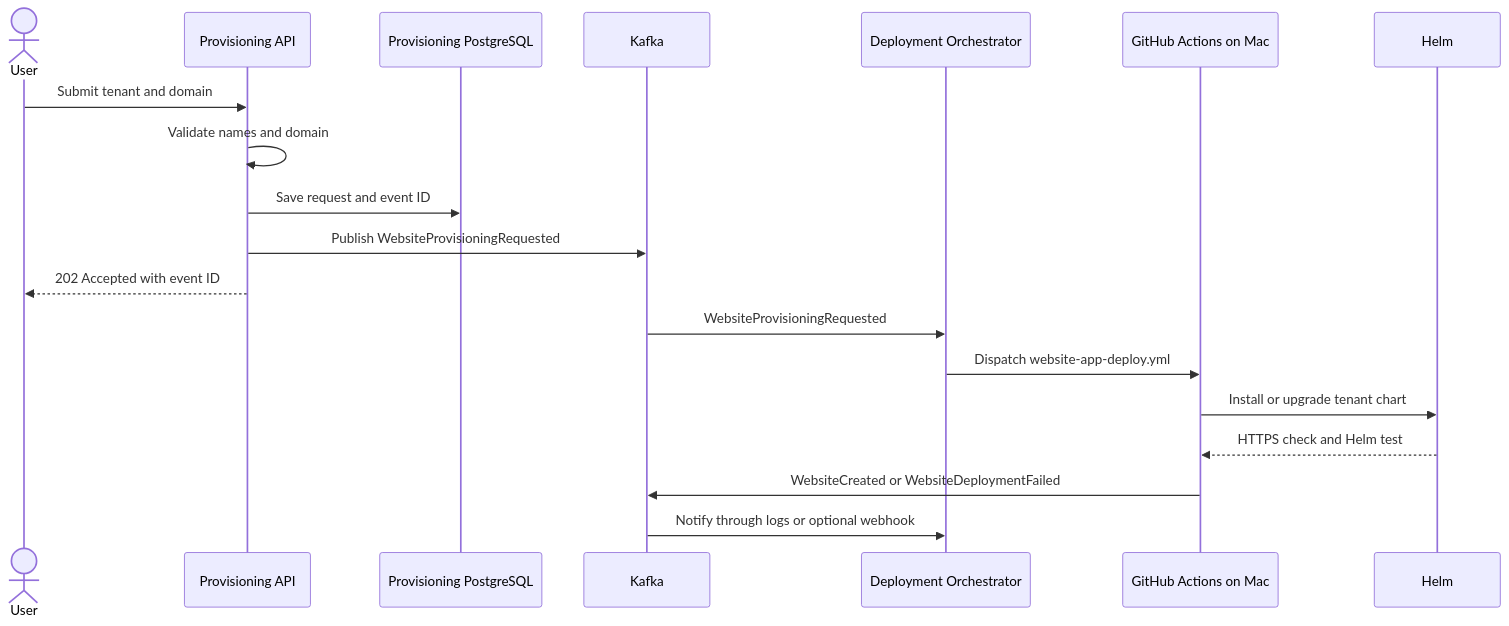
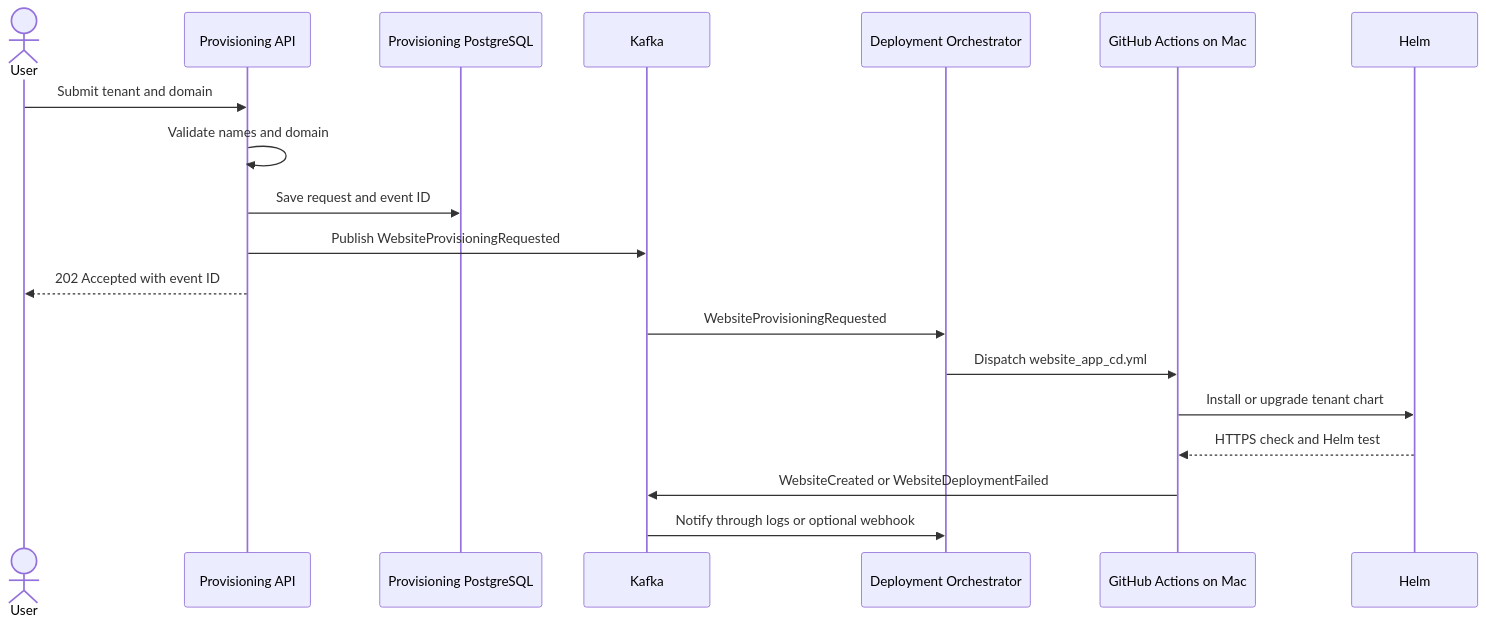
Before and after one commit to AnupamGupta86/yotta-multitenant-platform: the diagram in docs/architecture.md, drawn with Mermaid. The commit also changed other lines of this file and 14 other files, not shown here.

````diff
--- a/docs/architecture.md
+++ b/docs/architecture.md
@@ -5,22 +5,22 @@
 ```mermaid
 sequenceDiagram
     actor User
     participant API as Provisioning API
     participant DB as Provisioning PostgreSQL
     participant Kafka
     participant Orchestrator as Deployment Orchestrator
     participant Actions as GitHub Actions on Mac
     participant Helm
 
     User->>API: Submit tenant and domain
     API->>API: Validate names and domain
     API->>DB: Save request and event ID
     API->>Kafka: Publish WebsiteProvisioningRequested
     API-->>User: 202 Accepted with event ID
     Kafka->>Orchestrator: WebsiteProvisioningRequested
-    Orchestrator->>Actions: Dispatch website-app-deploy.yml
+    Orchestrator->>Actions: Dispatch website_app_cd.yml
     Actions->>Helm: Install or upgrade tenant chart
     Helm-->>Actions: HTTPS check and Helm test
     Actions->>Kafka: WebsiteCreated or WebsiteDeploymentFailed
     Kafka->>Orchestrator: Notify through logs or optional webhook
 ```
````
